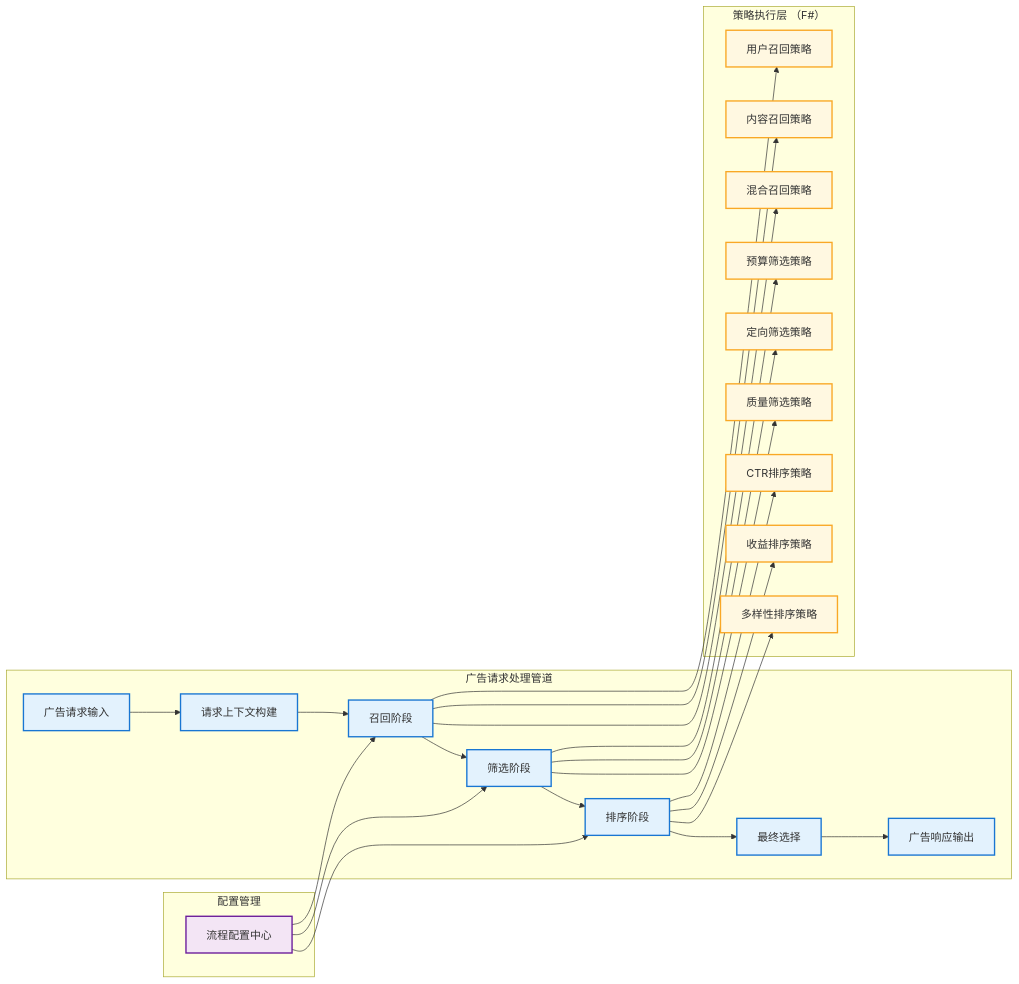
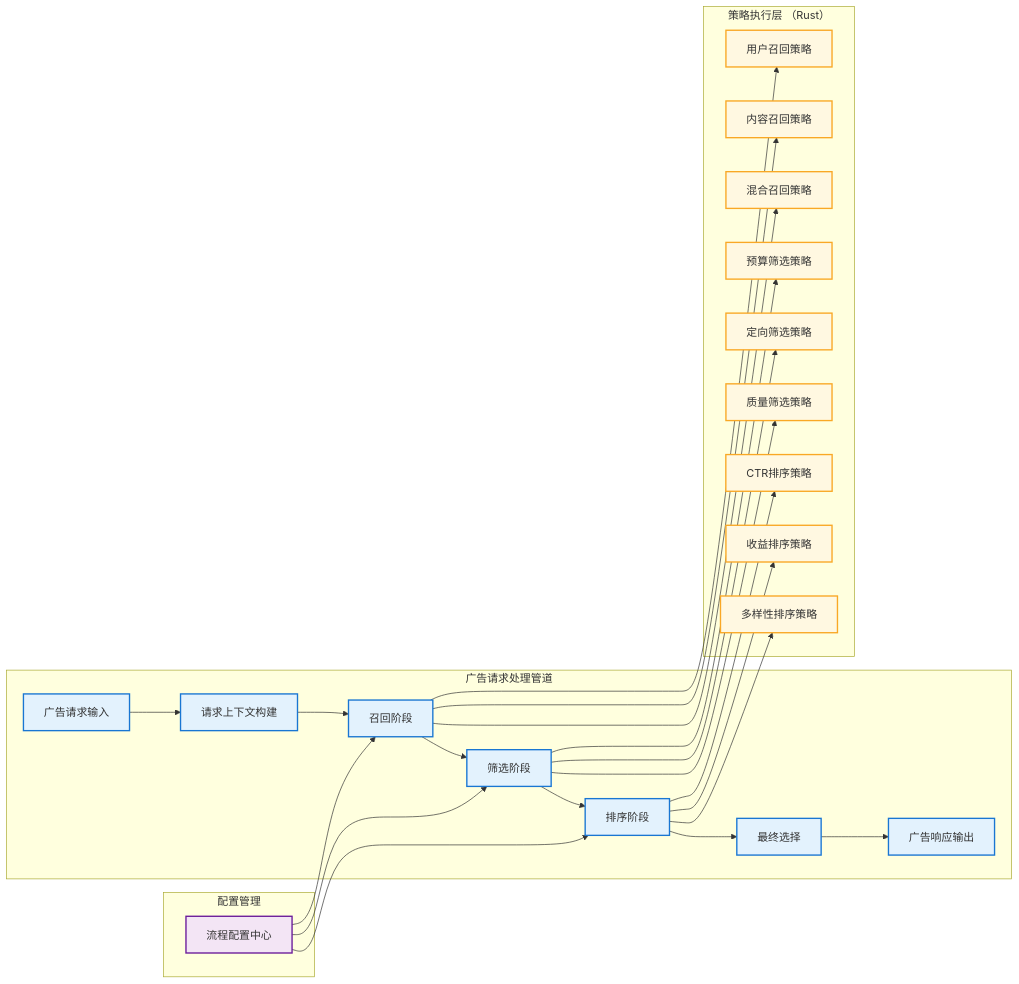
The second of 3 diagrams in docs_TecDesign/系统整体技术架构.md (lornshrimp/Lorn.ADSP.Rust), drawn with Mermaid before and after one commit. The commit also changed other lines of this file and 1 other file, not shown here.

````diff
--- a/docs_TecDesign/系统整体技术架构.md
+++ b/docs_TecDesign/系统整体技术架构.md
@@ -795,39 +1135,39 @@
 ```mermaid
 graph LR
     subgraph "广告请求处理管道"
         INPUT[广告请求输入] --> CONTEXT[请求上下文构建]
         CONTEXT --> RECALL[召回阶段]
         RECALL --> FILTER[筛选阶段] 
         FILTER --> RANKING[排序阶段]
         RANKING --> SELECT[最终选择]
         SELECT --> OUTPUT[广告响应输出]
     end
     
-    subgraph "策略执行层 （F#）"
+    subgraph "策略执行层 （Rust）"
         RECALL --> R1[用户召回策略]
         RECALL --> R2[内容召回策略]
         RECALL --> R3[混合召回策略]
         
         FILTER --> F1[预算筛选策略]
         FILTER --> F2[定向筛选策略]
         FILTER --> F3[质量筛选策略]
         
         RANKING --> K1[CTR排序策略]
         RANKING --> K2[收益排序策略]
         RANKING --> K3[多样性排序策略]
     end
     
     subgraph "配置管理"
         CONFIG[流程配置中心] --> RECALL
         CONFIG --> FILTER
         CONFIG --> RANKING
     end
     
     classDef pipeline fill:#e3f2fd,stroke:#1976d2,stroke-width:2px
     classDef strategy fill:#fff8e1,stroke:#f9a825,stroke-width:2px
     classDef config fill:#f3e5f5,stroke:#6a1b9a,stroke-width:2px
     
     class INPUT,CONTEXT,RECALL,FILTER,RANKING,SELECT,OUTPUT pipeline
     class R1,R2,R3,F1,F2,F3,K1,K2,K3 strategy
     class CONFIG config
 ```
````
